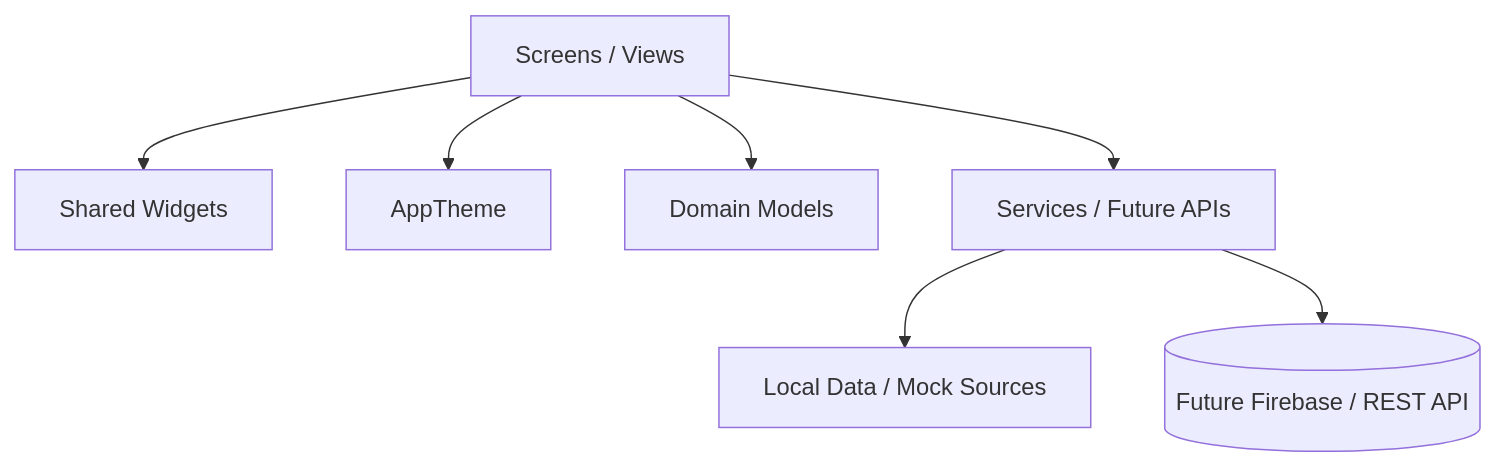
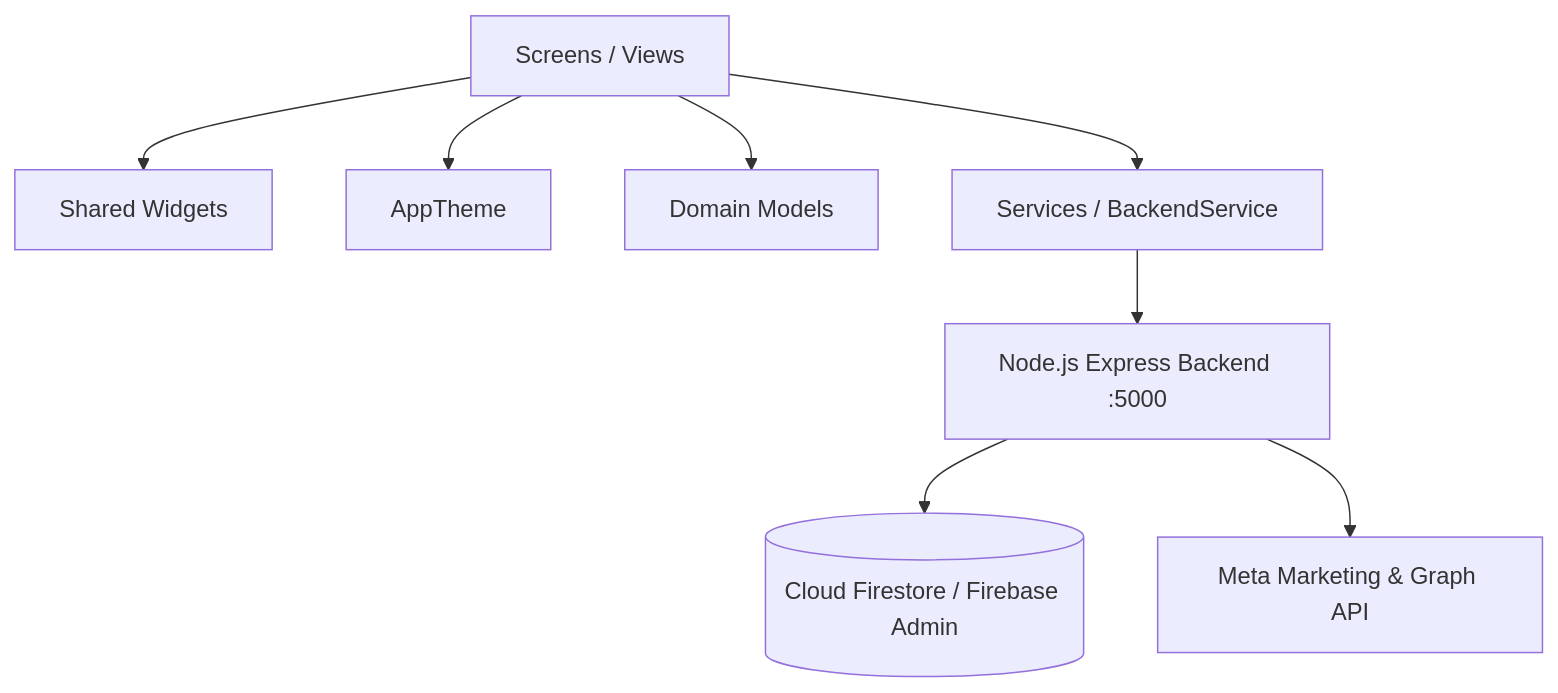
One commit to shantanu1245/eligible_project changed the diagram in architecture.md. Above: the diagram before and after it, drawn with Mermaid. The commit also changed other lines of this file and 42 other files, not shown here.

Commit message:
feat: integrate Firebase Realtime Database backend and in-app Meta account setup

````diff
--- a/architecture.md
+++ b/architecture.md
@@ -79,9 +92,10 @@
 ```mermaid
 graph TD
     UI[Screens / Views] --> WIDGETS[Shared Widgets]
     UI --> THEME[AppTheme]
     UI --> MODELS[Domain Models]
-    UI --> SERVICES[Services / Future APIs]
-    SERVICES --> DATA[Local Data / Mock Sources]
-    SERVICES --> BACKEND[(Future Firebase / REST API)]
+    UI --> SERVICES[Services / BackendService]
+    SERVICES --> BACKEND[Node.js Express Backend :5000]
+    BACKEND --> FIREBASE[(Cloud Firestore / Firebase Admin)]
+    BACKEND --> META[Meta Marketing & Graph API]
 ```
````
